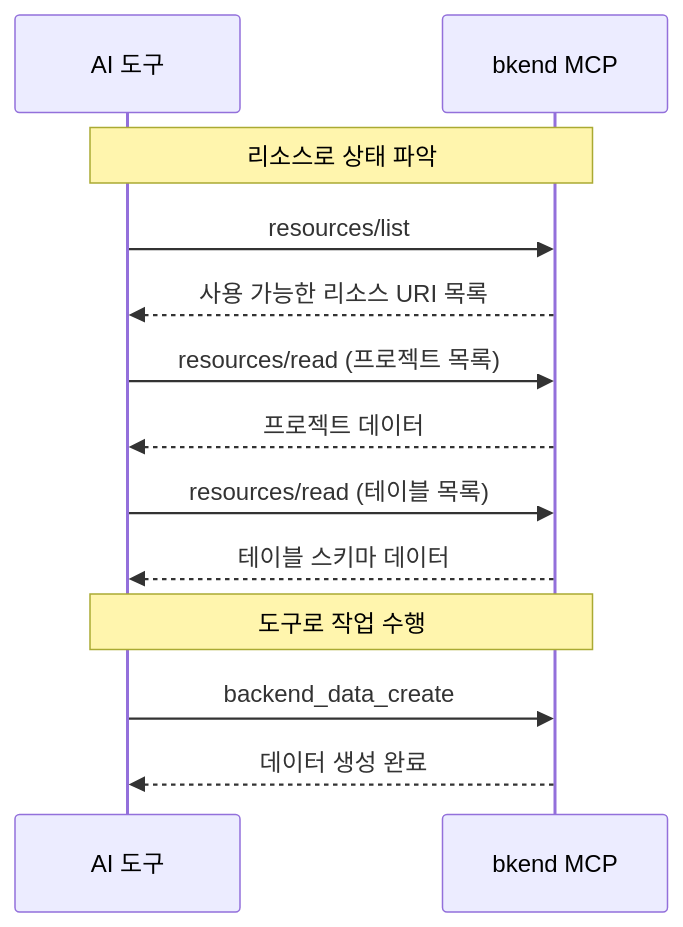
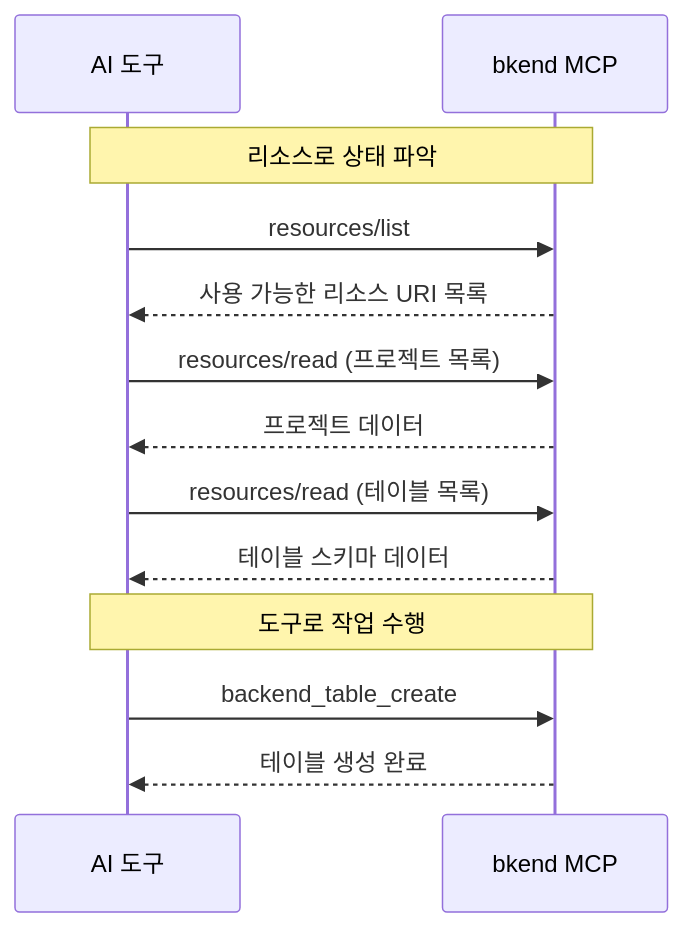
One commit to popup-studio-ai/bkend-docs changed the second of 2 diagrams in ko/mcp/08-resources.md. Above: the diagram before and after it, drawn with Mermaid. The commit also changed other lines of this file and 424 other files, not shown here.

````diff
--- a/ko/mcp/08-resources.md
+++ b/ko/mcp/08-resources.md
@@ -155,19 +178,19 @@
 ```mermaid
 sequenceDiagram
     participant AI as AI 도구
     participant MCP as bkend MCP
 
     Note over AI,MCP: 리소스로 상태 파악
     AI->>MCP: resources/list
     MCP-->>AI: 사용 가능한 리소스 URI 목록
 
     AI->>MCP: resources/read (프로젝트 목록)
     MCP-->>AI: 프로젝트 데이터
 
     AI->>MCP: resources/read (테이블 목록)
     MCP-->>AI: 테이블 스키마 데이터
 
     Note over AI,MCP: 도구로 작업 수행
-    AI->>MCP: backend_data_create
-    MCP-->>AI: 데이터 생성 완료
+    AI->>MCP: backend_table_create
+    MCP-->>AI: 테이블 생성 완료
 ```
````
